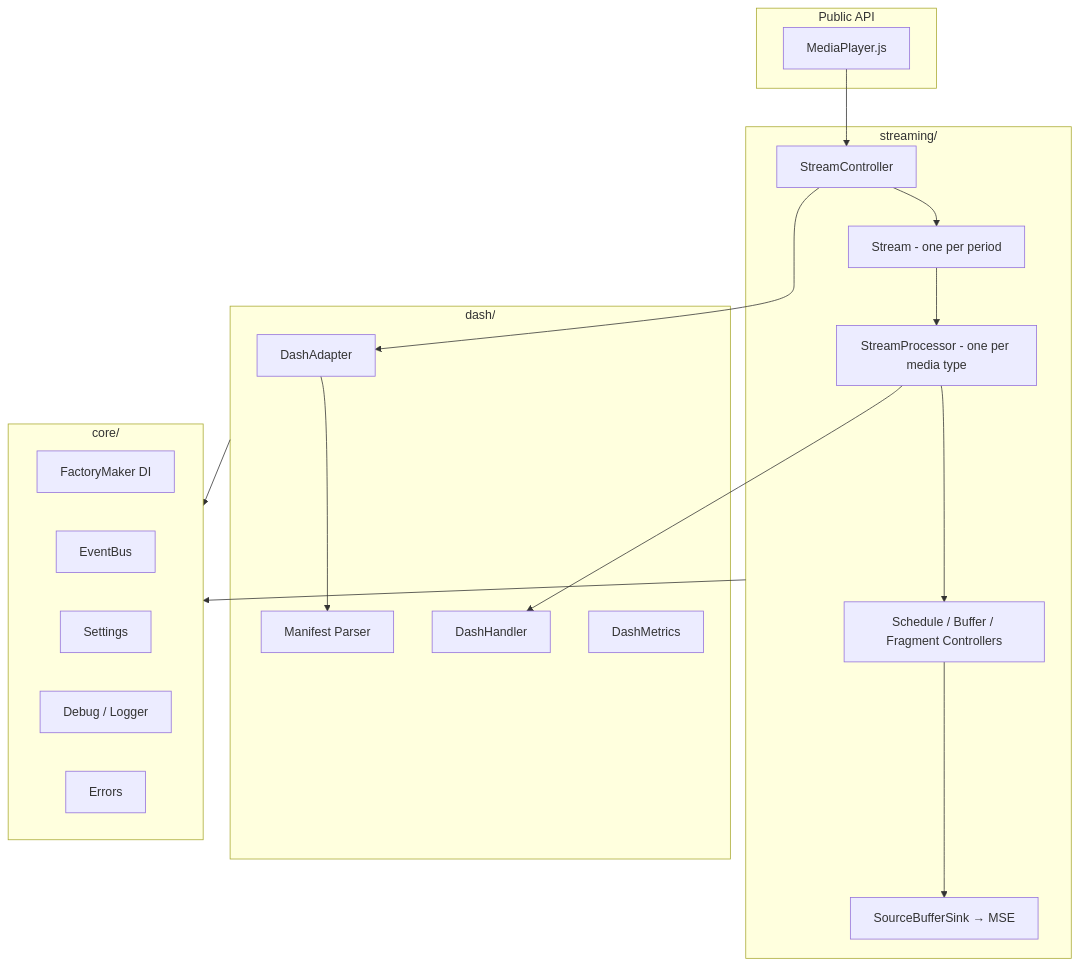
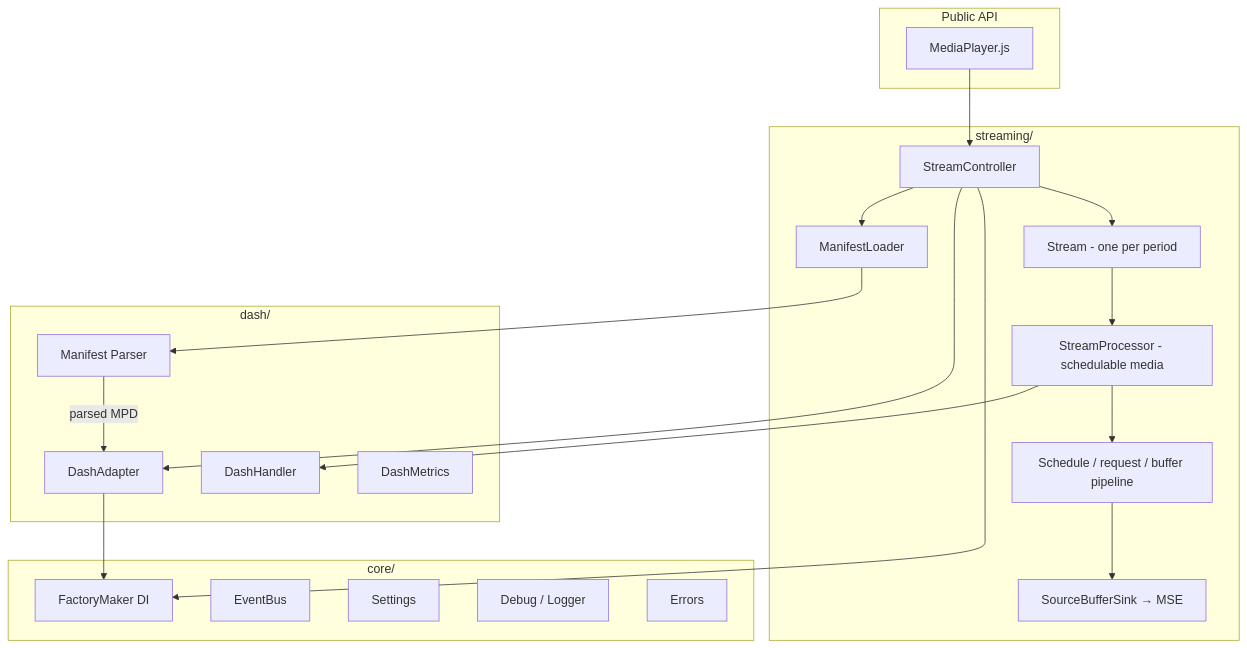
Before and after one commit to Dash-Industry-Forum/dash.js: the diagram in docs/site/pages/developers/architecture/index.md, drawn with Mermaid. The commit also changed other lines of this file and 8 other files, not shown here.

````diff
--- a/docs/site/pages/developers/architecture/index.md
+++ b/docs/site/pages/developers/architecture/index.md
@@ -12,29 +12,32 @@
 ```mermaid
 flowchart TD
     subgraph Public API
         MP[MediaPlayer.js]
     end
     subgraph streaming/
+        ML[ManifestLoader]
         SC[StreamController] --> ST[Stream - one per period]
-        ST --> SP[StreamProcessor - one per media type]
-        SP --> PIPE[Schedule / Buffer / Fragment Controllers]
+        ST --> SP[StreamProcessor - schedulable media]
+        SP --> PIPE[Schedule / request / buffer pipeline]
         PIPE --> SINK[SourceBufferSink → MSE]
     end
     subgraph dash/
-        DA[DashAdapter] --> PARSER[Manifest Parser]
+        PARSER[Manifest Parser] -->|parsed MPD| DA[DashAdapter]
         DH[DashHandler]
         DM[DashMetrics]
     end
     subgraph core/
         FM[FactoryMaker DI]
         EB[EventBus]
         SET[Settings]
         DBG[Debug / Logger]
         ERR[Errors]
     end
     MP --> SC
+    SC --> ML
+    ML --> PARSER
     SP --> DH
     SC --> DA
-    streaming/ --> core/
-    dash/ --> core/
+    SC --> FM
+    DA --> FM
 ```
````
